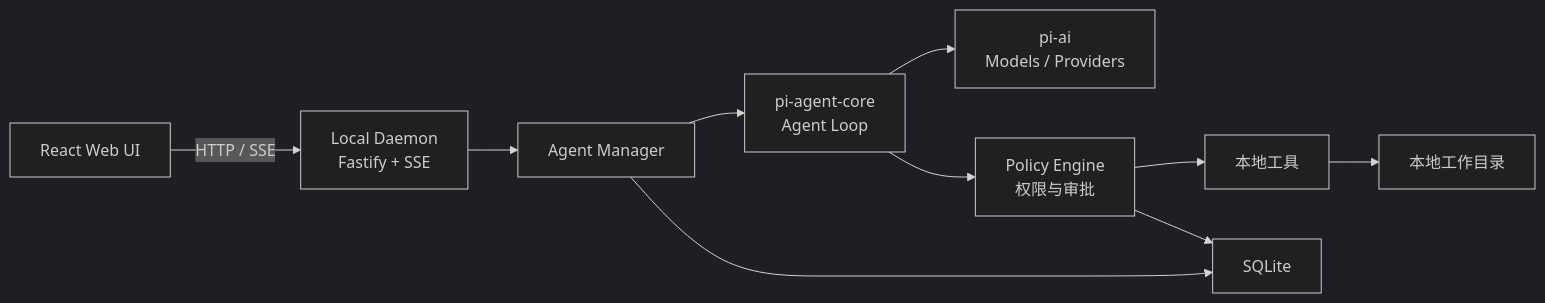
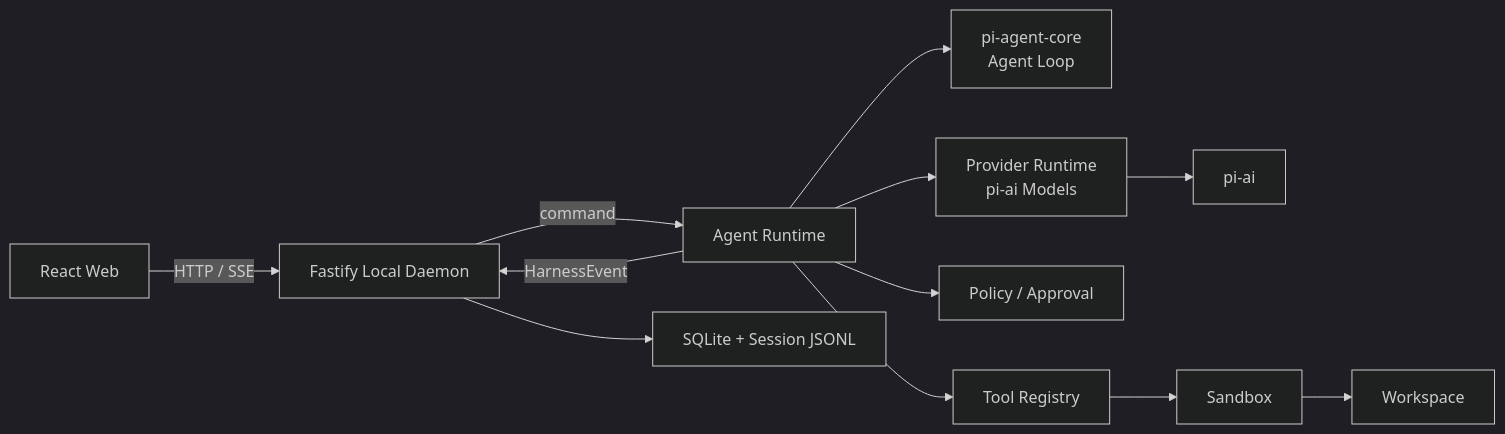
Before and after one commit to xiaotianna/pi-harness: the diagram in docs/架构设计.md, drawn with Mermaid (dark theme). The commit also changed other lines of this file and 35 other files, not shown here.

Commit message:
feat(providers): 增加 Provider 配置与模型管理

````diff
--- a/docs/架构设计.md
+++ b/docs/架构设计.md
@@ -21,22 +37,26 @@
 ```mermaid
 flowchart LR
-    Browser["React Web UI"]
-    API["Local Daemon<br/>Fastify + SSE"]
-    Manager["Agent Manager"]
+    Web["React Web"]
+    Daemon["Fastify Local Daemon"]
+    Runtime["Agent Runtime"]
     Core["pi-agent-core<br/>Agent Loop"]
-    AI["pi-ai<br/>Models / Providers"]
-    Policy["Policy Engine<br/>权限与审批"]
-    Tools["本地工具"]
-    DB["SQLite"]
-    FS["本地工作目录"]
+    Providers["Provider Runtime<br/>pi-ai Models"]
+    AI["pi-ai"]
+    Policy["Policy / Approval"]
+    Tools["Tool Registry"]
+    Sandbox["Sandbox"]
+    Store["SQLite + Session JSONL"]
+    Workspace["Workspace"]
 
-    Browser -->|"HTTP / SSE"| API
-    API --> Manager
-    Manager --> Core
-    Core --> AI
-    Core --> Policy
-    Policy --> Tools
-    Tools --> FS
-    Manager --> DB
-    Policy --> DB
+    Web -->|"HTTP / SSE"| Daemon
+    Daemon -->|"command"| Runtime
+    Runtime -->|"HarnessEvent"| Daemon
+    Runtime --> Core
+    Runtime --> Providers
+    Providers --> AI
+    Runtime --> Policy
+    Runtime --> Tools
+    Tools --> Sandbox
+    Sandbox --> Workspace
+    Daemon --> Store
 ```
````
